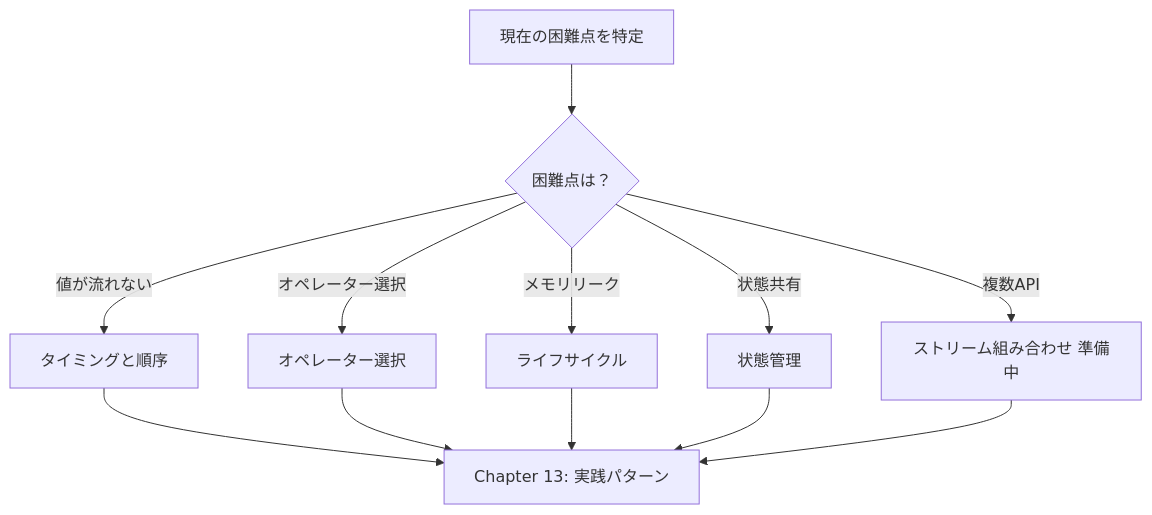
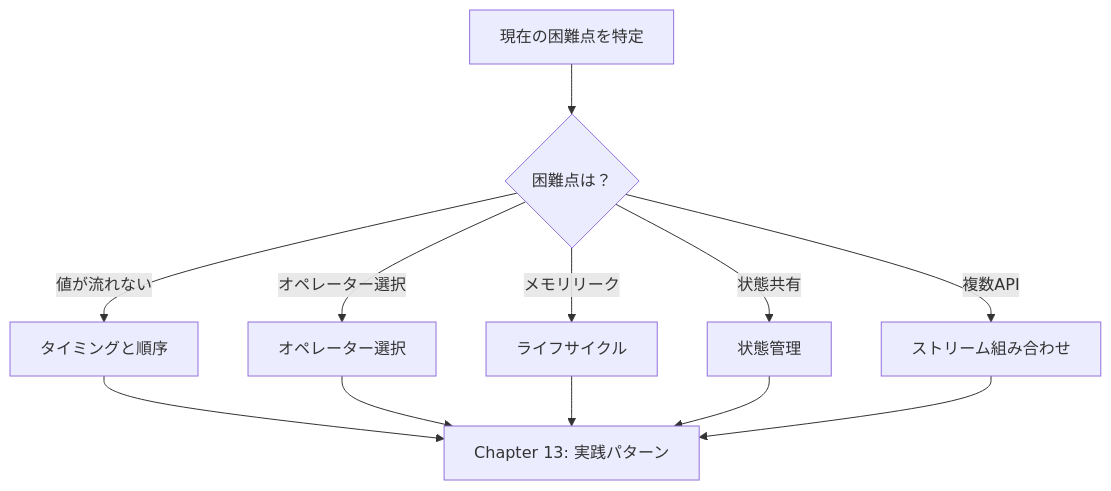
Before and after one commit to shuji-bonji/RxJS-with-TypeScript: the second of 3 diagrams in docs/guide/overcoming-difficulties/index.md, drawn with Mermaid. The commit also changed other lines of this file and 4 other files, not shown here.

````diff
--- a/docs/guide/overcoming-difficulties/index.md
+++ b/docs/guide/overcoming-difficulties/index.md
@@ -126,14 +128,14 @@
 ```mermaid
 graph TD
     A[現在の困難点を特定] --> B{困難点は？}
     B -->|値が流れない| C[タイミングと順序]
     B -->|オペレーター選択| D[オペレーター選択]
     B -->|メモリリーク| E[ライフサイクル]
     B -->|状態共有| F[状態管理]
-    B -->|複数API| G[ストリーム組み合わせ 準備中]
+    B -->|複数API| G[ストリーム組み合わせ]
     C --> H[Chapter 13: 実践パターン]
     D --> H
     E --> H
     F --> H
     G --> H
 ```
````
